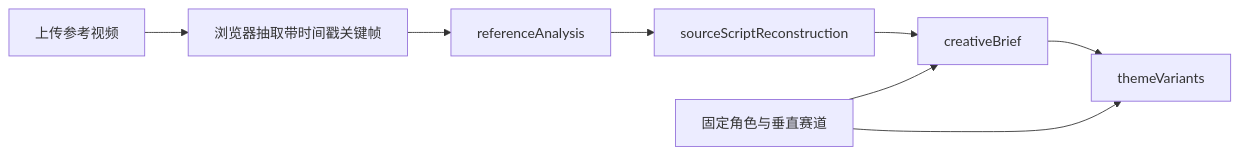
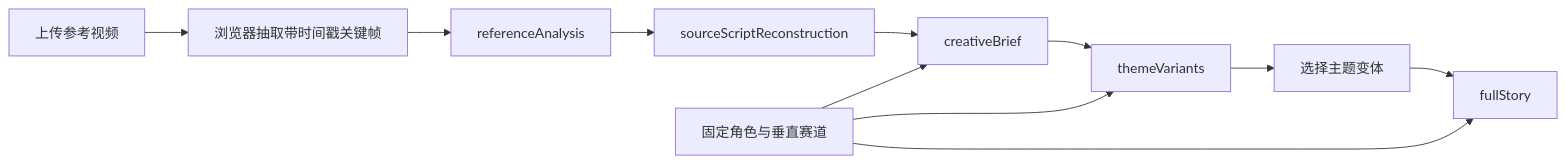
The diagram in docs/workflow-spec.md (marriannedagwwn-bot/mimo-short-video-director), drawn with Mermaid before and after one commit. The commit also changed other lines of this file and 13 other files, not shown here.

Commit message:
Add full story generation with MiMo pro

````diff
--- a/docs/workflow-spec.md
+++ b/docs/workflow-spec.md
@@ -14,10 +14,13 @@
 ```mermaid
 flowchart LR
     A[上传参考视频] --> B[浏览器抽取带时间戳关键帧]
     B --> C[referenceAnalysis]
     C --> D[sourceScriptReconstruction]
     D --> E[creativeBrief]
     E --> F[themeVariants]
+    F --> H[选择主题变体]
+    H --> I[fullStory]
     G[固定角色与垂直赛道] --> E
     G --> F
+    G --> I
 ```
````
